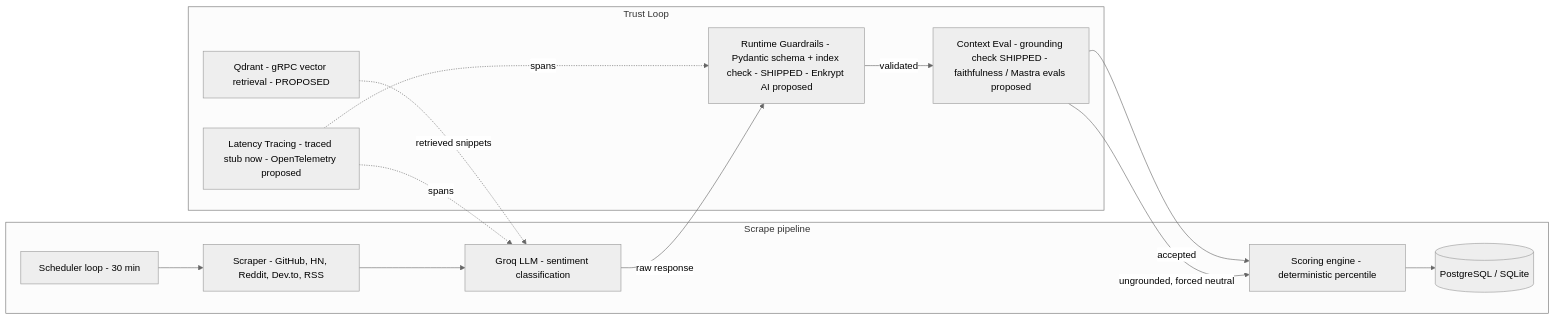
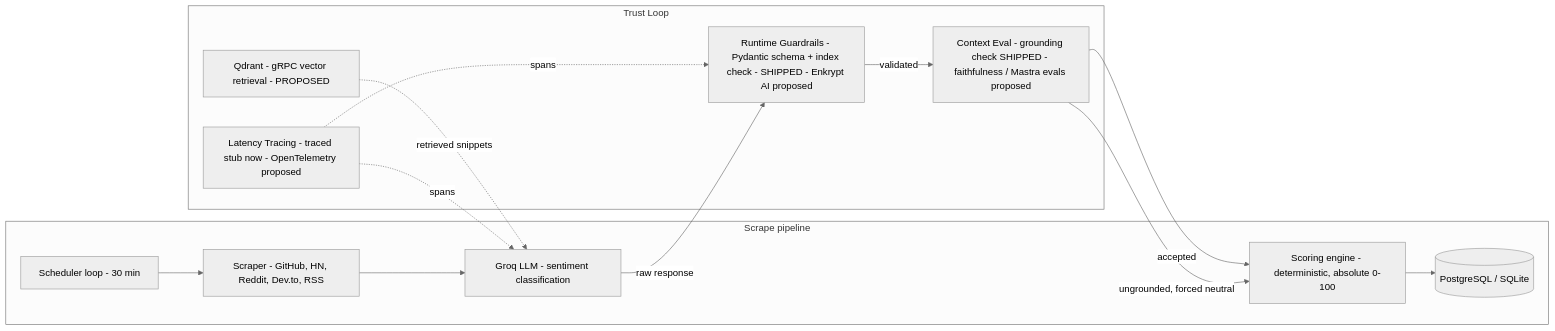
One commit to amantebriwal4321/StackRadar changed the diagram in README.md. Above: the diagram before and after it, drawn with Mermaid (neutral theme). The commit also changed other lines of this file, not shown here.

First line of the commit message:
docs(readme): correct the score formula, the sources, and an "AI-powered" tagline

````diff
--- a/README.md
+++ b/README.md
@@ -92,27 +93,27 @@
 ```mermaid
 flowchart LR
     subgraph current["Scrape pipeline"]
         SC[Scheduler loop - 30 min]
         SCR[Scraper - GitHub, HN, Reddit, Dev.to, RSS]
         GROQ[Groq LLM - sentiment classification]
-        SCORE[Scoring engine - deterministic percentile]
+        SCORE[Scoring engine - deterministic, absolute 0-100]
         DB[(PostgreSQL / SQLite)]
         SC --> SCR --> GROQ
         SCORE --> DB
     end
 
     subgraph trustloop["Trust Loop"]
         GUARD[Runtime Guardrails - Pydantic schema + index check - SHIPPED - Enkrypt AI proposed]
         EVAL[Context Eval - grounding check SHIPPED - faithfulness / Mastra evals proposed]
         QDRANT[Qdrant - gRPC vector retrieval - PROPOSED]
         TRACE[Latency Tracing - traced stub now - OpenTelemetry proposed]
     end
 
     QDRANT -. retrieved snippets .-> GROQ
     GROQ -- raw response --> GUARD
     GUARD -- validated --> EVAL
     EVAL -- accepted --> SCORE
     EVAL -- ungrounded, forced neutral --> SCORE
     TRACE -. spans .-> GROQ
     TRACE -. spans .-> GUARD
 ```
````
